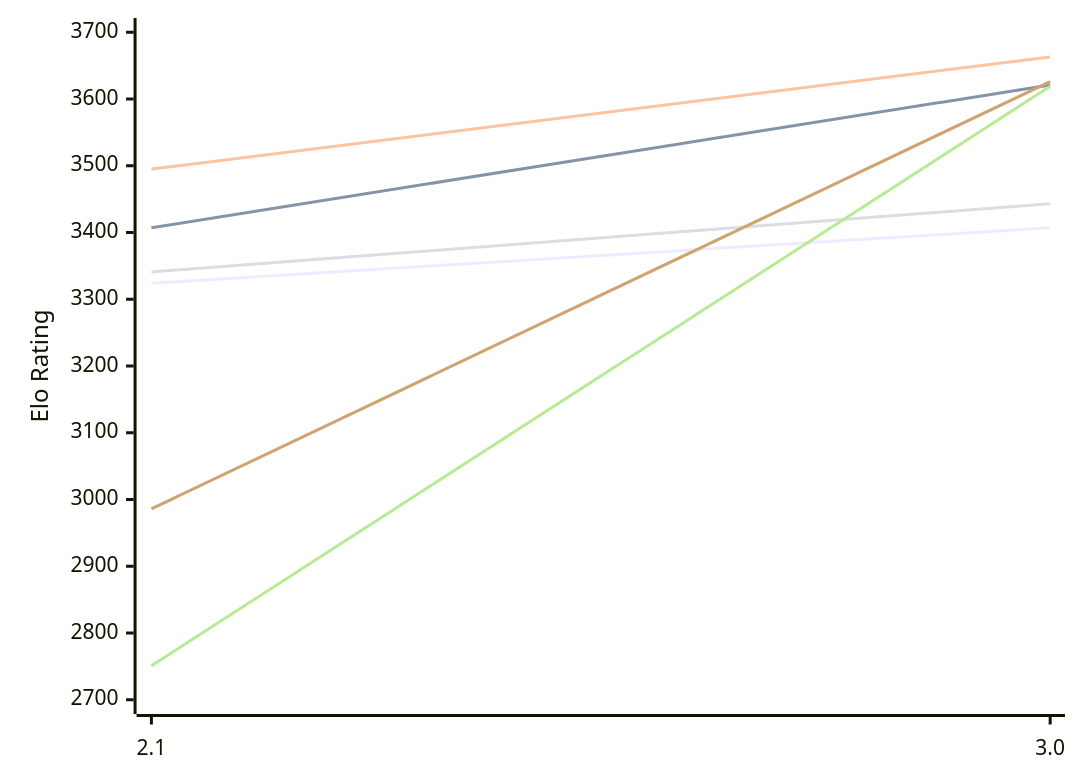
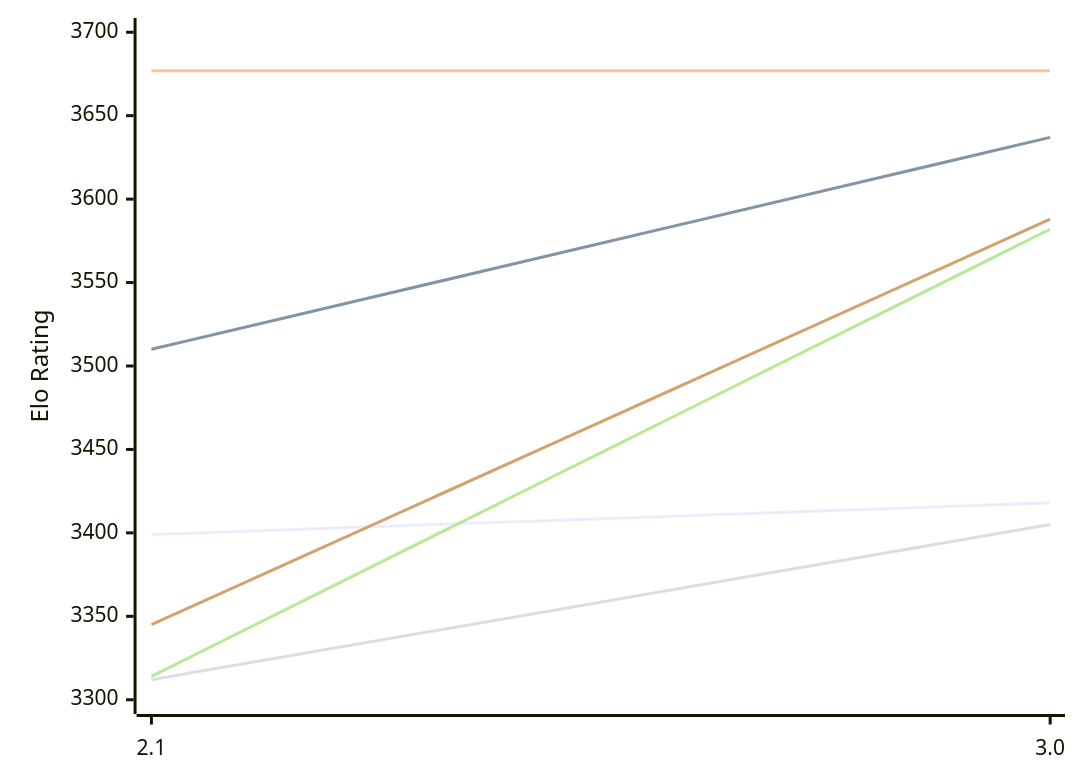
One commit to computer-chess-index/cci changed the first of 2 diagrams in engines/Hobbes.md. Above: the diagram before and after it, drawn with Mermaid. The commit also changed other lines of this file, not shown here.

Commit message:
Update CCI Ratings (ELO VLTC) - 2026-11-14

````diff
--- a/engines/Hobbes.md
+++ b/engines/Hobbes.md
@@ -51,12 +51,12 @@
 ```mermaid
 %%{init: {"theme":"base","themeVariables":{"seriesColors:['#a3a3a3','#222221','#faa371']}}}%%
 xychart-beta
   x-axis ["2.1", "3.0"]
-  y-axis "Elo Rating" 2700 --> 3700
-  line "E1: STC (8.0+0.08s)" [3324, 3407]
-  line "E1: LTC (60.0+0.60s)" [3407, 3621]
-  line "E1: VLTC (2m24s+1.12s)" [3495, 3663]
-  line "P1: STC (8.0+0.08s)" [3341, 3443]
-  line "P1: LTC (60.0+0.60s)" [2751, 3619]
-  line "P1: VLTC (2m24s+1.12s)" [2986, 3626]
+  y-axis "Elo Rating" 3300 --> 3700
+  line "E1: STC (8.0+0.08s)" [3399, 3418]
+  line "E1: LTC (60.0+0.60s)" [3510, 3637]
+  line "E1: VLTC (2m24s+1.12s)" [3677, 3677]
+  line "P1: STC (8.0+0.08s)" [3312, 3405]
+  line "P1: LTC (60.0+0.60s)" [3314, 3582]
+  line "P1: VLTC (2m24s+1.12s)" [3345, 3588]
 ```
````
